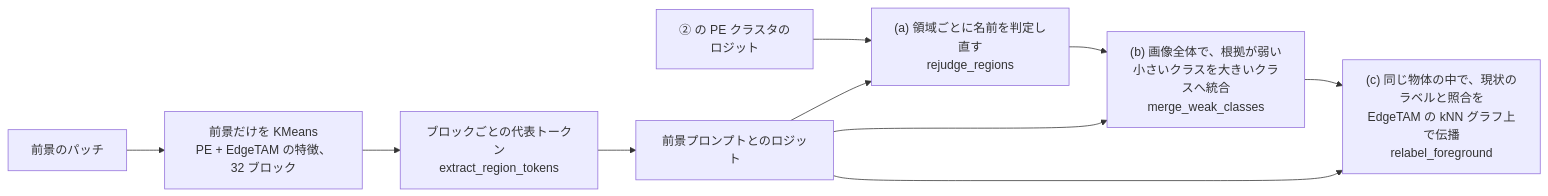
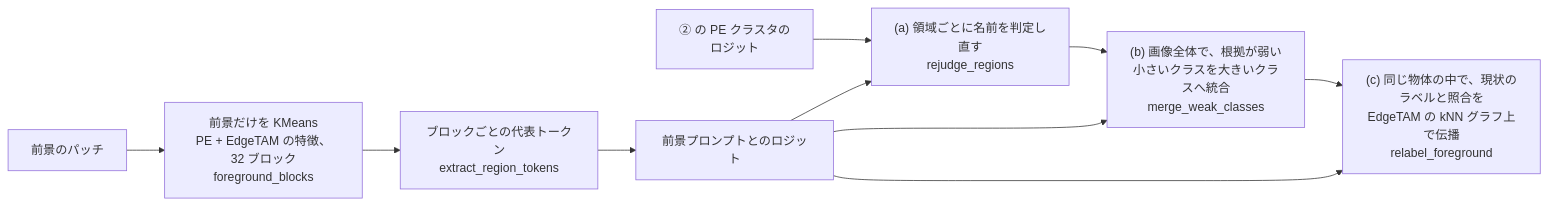
One commit to fklg-64/pe_anything_detect changed the fifth of 5 diagrams in docs/coarse_segmentation.md. Above: the diagram before and after it, drawn with Mermaid. The commit also changed other lines of this file and 122 other files, not shown here.

````diff
--- a/docs/coarse_segmentation.md
+++ b/docs/coarse_segmentation.md
@@ -114,12 +167,12 @@
 ```mermaid
 flowchart LR
-    FG["前景のパッチ"] --> KM["前景だけを KMeans<br/>PE + EdgeTAM の特徴、32 ブロック"]
+    FG["前景のパッチ"] --> KM["前景だけを KMeans<br/>PE + EdgeTAM の特徴、32 ブロック<br/>foreground_blocks"]
     KM --> RT["ブロックごとの代表トークン<br/>extract_region_tokens"]
     RT --> LG["前景プロンプトとのロジット"]
     PEL["② の PE クラスタの<br/>ロジット"] --> A
     LG --> A["(a) 領域ごとに名前を判定し直す<br/>rejudge_regions"]
     A --> B["(b) 画像全体で、根拠が弱い<br/>小さいクラスを大きいクラスへ統合<br/>merge_weak_classes"]
     LG --> B
     B --> C["(c) 同じ物体の中で、現状のラベルと照合を<br/>EdgeTAM の kNN グラフ上で伝播<br/>relabel_foreground"]
     LG --> C
 ```
````
